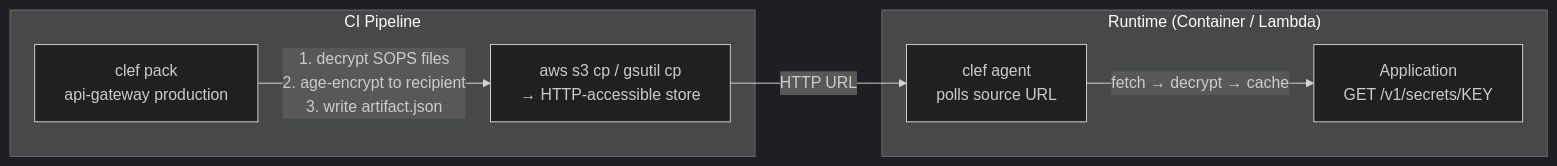
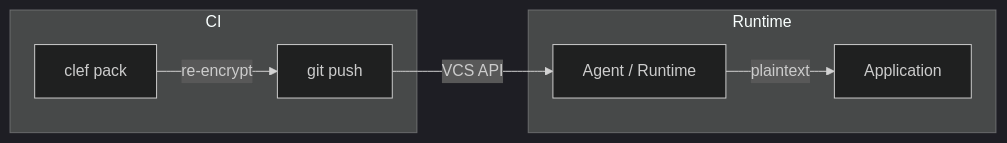
One commit to clef-sh/clef changed the diagram in docs/guide/agent.md. Above: the diagram before and after it, drawn with Mermaid (dark theme). The commit also changed other lines of this file and 63 other files, not shown here.

Commit message:
feat(runtime): update runtime and agent

````diff
--- a/docs/guide/agent.md
+++ b/docs/guide/agent.md
@@ -18,15 +18,15 @@
 ```mermaid
 flowchart LR
-  subgraph ci["CI Pipeline"]
-    pack["clef pack\napi-gateway production"]
-    upload["aws s3 cp / gsutil cp\n→ HTTP-accessible store"]
+  subgraph ci["CI"]
+    pack["clef pack"]
+    commit["git push"]
   end
-  subgraph runtime["Runtime (Container / Lambda)"]
-    agent["clef agent\npolls source URL"]
-    app["Application\nGET /v1/secrets/KEY"]
+  subgraph runtime["Runtime"]
+    agent["Agent / Runtime"]
+    app["Application"]
   end
 
-  pack -->|"1. decrypt SOPS files\n2. age-encrypt to recipient\n3. write artifact.json"| upload
-  upload -->|"HTTP URL"| agent
-  agent -->|"fetch → decrypt → cache"| app
+  pack -->|"re-encrypt"| commit
+  commit -->|"VCS API"| agent
+  agent -->|"plaintext"| app
 ```
````
